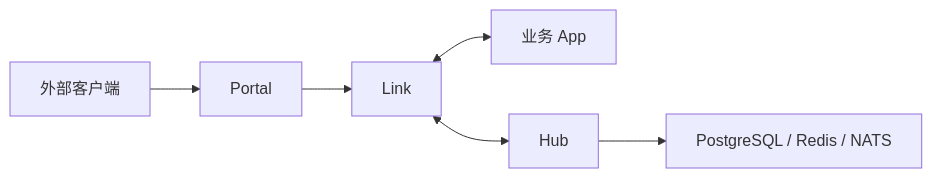
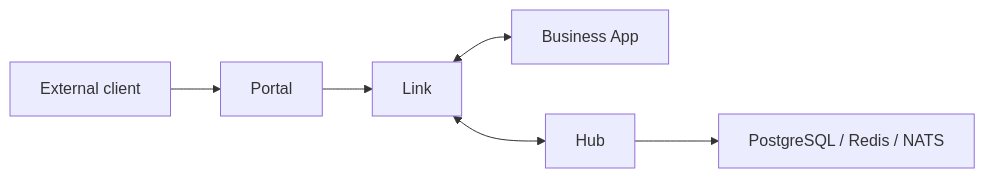
One commit to yorun-ai/vine-site changed the third of 3 diagrams in docs/getting-started/deployment-modes.md. Above: the diagram before and after it, drawn with Mermaid. The commit also changed other lines of this file and 107 other files, not shown here.

````diff
--- a/docs/getting-started/deployment-modes.md
+++ b/docs/getting-started/deployment-modes.md
@@ -88,6 +88,6 @@
 ```mermaid
 flowchart LR
-  Client["外部客户端"] --> Portal["Portal"] --> Link["Link"] <--> App["业务 App"]
+  Client["External client"] --> Portal["Portal"] --> Link["Link"] <--> App["Business App"]
   Link <--> Hub["Hub"]
   Hub --> Infra["PostgreSQL / Redis / NATS"]
 ```
````
